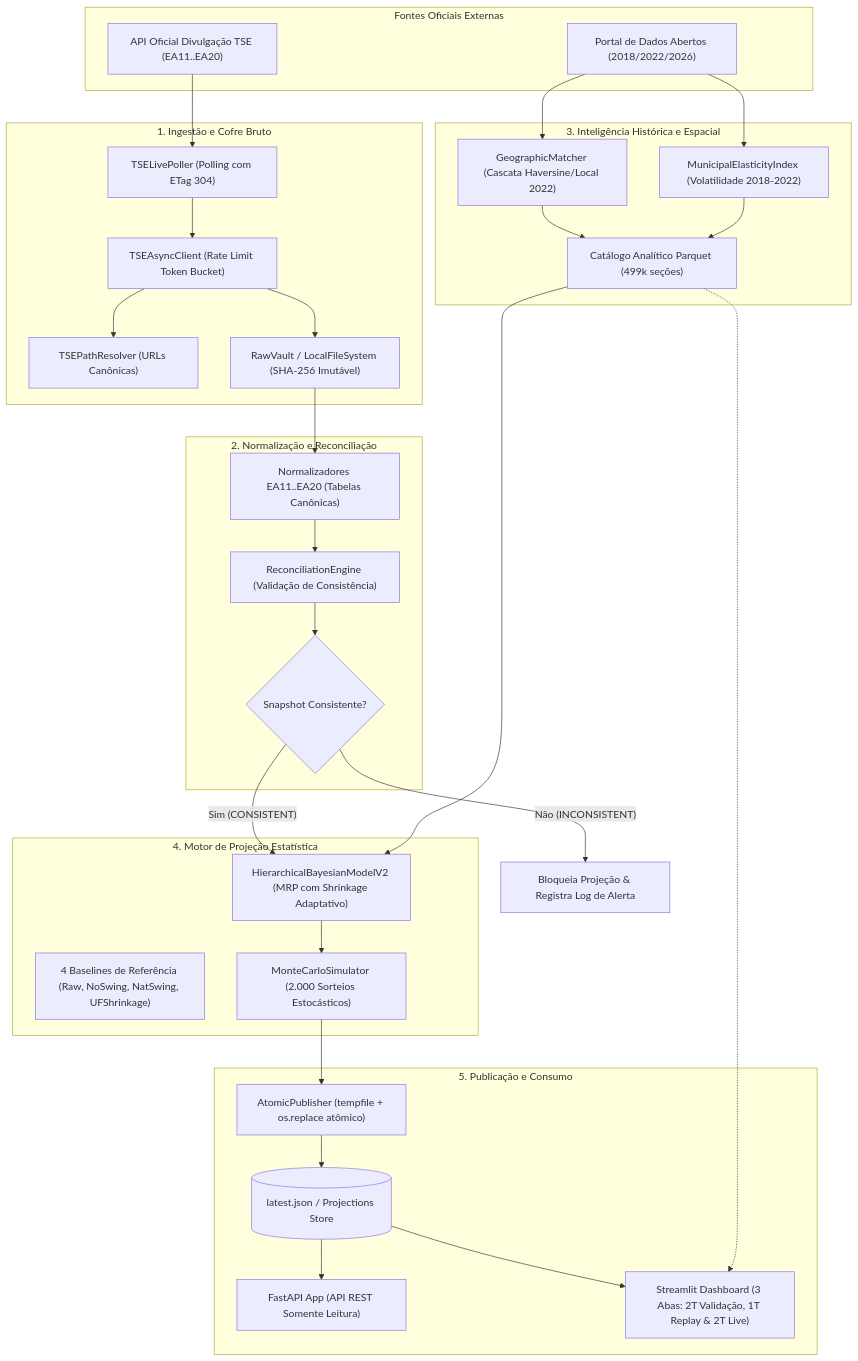
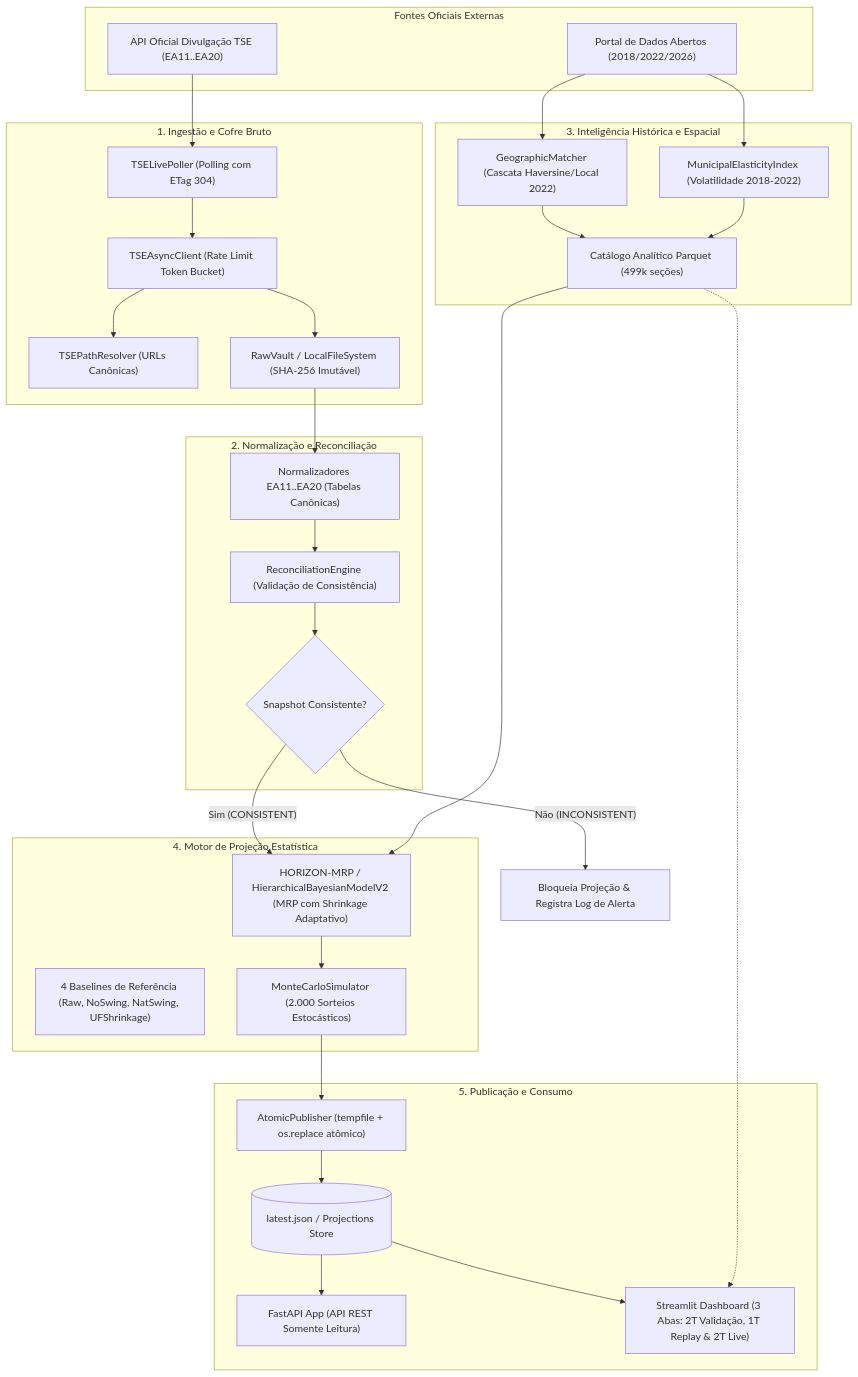
The diagram in docs/ARQUITETURA.md (alexcamargos/horizonte_eleitoral), drawn with Mermaid before and after one commit. The commit also changed other lines of this file and 1 other file, not shown here.

Commit message:
docs(arquitetura): atualizar mapas e adr 005 com HORIZON-MRP

````diff
--- a/docs/ARQUITETURA.md
+++ b/docs/ARQUITETURA.md
@@ -15,63 +15,63 @@
 ```mermaid
 flowchart TD
     subgraph TSE_EXTERNAL["Fontes Oficiais Externas"]
         TSE_API["API Oficial Divulgação TSE (EA11..EA20)"]
         TSE_OPEN["Portal de Dados Abertos (2018/2022/2026)"]
     end
 
     subgraph INGESTION_LAYER["1. Ingestão e Cofre Bruto"]
         POLLER["TSELivePoller (Polling com ETag 304)"]
         CLIENT["TSEAsyncClient (Rate Limit Token Bucket)"]
         RESOLVER["TSEPathResolver (URLs Canônicas)"]
         VAULT["RawVault / LocalFileSystem (SHA-256 Imutável)"]
     end
 
     subgraph PREPROCESSING["2. Normalização e Reconciliação"]
         NORM["Normalizadores EA11..EA20 (Tabelas Canônicas)"]
         RECON["ReconciliationEngine (Validação de Consistência)"]
         SNAP_STATE{"Snapshot Consistente?"}
     end
 
     subgraph HISTORICAL_LAYER["3. Inteligência Histórica e Espacial"]
         MATCHER["GeographicMatcher (Cascata Haversine/Local 2022)"]
         ELAST["MunicipalElasticityIndex (Volatilidade 2018-2022)"]
         PARQUET_CAT["Catálogo Analítico Parquet (499k seções)"]
     end
 
     subgraph PREDICTIVE_ENGINE["4. Motor de Projeção Estatística"]
-        MRP_MODEL["HierarchicalBayesianModelV2 (MRP com Shrinkage Adaptativo)"]
+        MRP_MODEL["HORIZON-MRP / HierarchicalBayesianModelV2 (MRP com Shrinkage Adaptativo)"]
         BASELINES["4 Baselines de Referência (Raw, NoSwing, NatSwing, UFShrinkage)"]
         SIMULATOR["MonteCarloSimulator (2.000 Sorteios Estocásticos)"]
     end
 
     subgraph PUBLISHING_LAYER["5. Publicação e Consumo"]
         PUB["AtomicPublisher (tempfile + os.replace atômico)"]
         PUB_STORE[("latest.json / Projections Store")]
         FASTAPI["FastAPI App (API REST Somente Leitura)"]
         STREAMLIT["Streamlit Dashboard (3 Abas: 2T Validação, 1T Replay & 2T Live)"]
     end
 
     TSE_API --> POLLER
     POLLER --> CLIENT
     CLIENT --> RESOLVER
     CLIENT --> VAULT
     TSE_OPEN --> ELAST
     TSE_OPEN --> MATCHER
     MATCHER --> PARQUET_CAT
     ELAST --> PARQUET_CAT
 
     VAULT --> NORM
     NORM --> RECON
     RECON --> SNAP_STATE
 
     SNAP_STATE -- "Sim (CONSISTENT)" --> MRP_MODEL
     SNAP_STATE -- "Não (INCONSISTENT)" --> OBS_ABORT["Bloqueia Projeção & Registra Log de Alerta"]
 
     PARQUET_CAT --> MRP_MODEL
     MRP_MODEL --> SIMULATOR
     SIMULATOR --> PUB
     PUB --> PUB_STORE
     PUB_STORE --> FASTAPI
     PUB_STORE --> STREAMLIT
     PARQUET_CAT -.-> STREAMLIT
 ```
````
